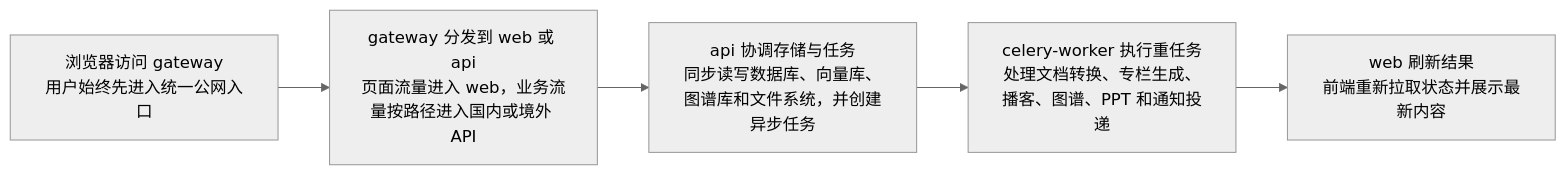
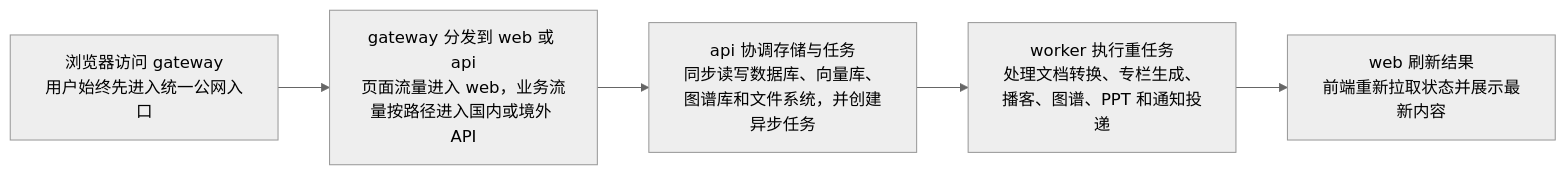
Before and after one commit to Qingyon-AI/Revornix: the first of 3 diagrams in docs/src/content/zh/docs/flow.mdx, drawn with Mermaid (neutral theme). The commit also changed other lines of this file and 116 other files, not shown here.

First line of the commit message:
refactor: 💡 Rename celery-worker to worker, and finish cutting fastapi out of the worker path

````diff
--- a/docs/src/content/zh/docs/flow.mdx
+++ b/docs/src/content/zh/docs/flow.mdx
@@ -22,7 +22,7 @@
 ```mermaid
 flowchart LR
     A["浏览器访问 gateway<br/>用户始终先进入统一公网入口"] --> B["gateway 分发到 web 或 api<br/>页面流量进入 web，业务流量按路径进入国内或境外 API"]
     B --> C["api 协调存储与任务<br/>同步读写数据库、向量库、图谱库和文件系统，并创建异步任务"]
-    C --> D["celery-worker 执行重任务<br/>处理文档转换、专栏生成、播客、图谱、PPT 和通知投递"]
+    C --> D["worker 执行重任务<br/>处理文档转换、专栏生成、播客、图谱、PPT 和通知投递"]
     D --> E["web 刷新结果<br/>前端重新拉取状态并展示最新内容"]
 ```
````
